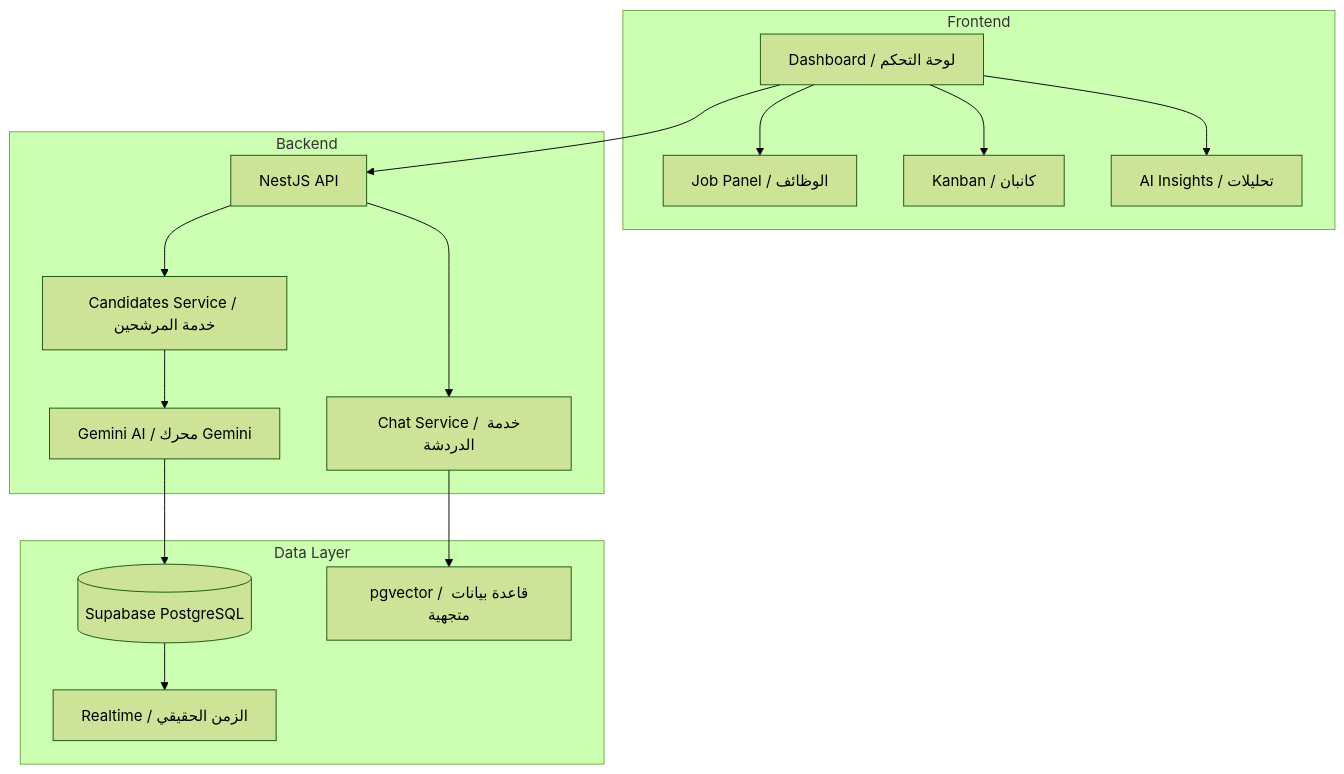
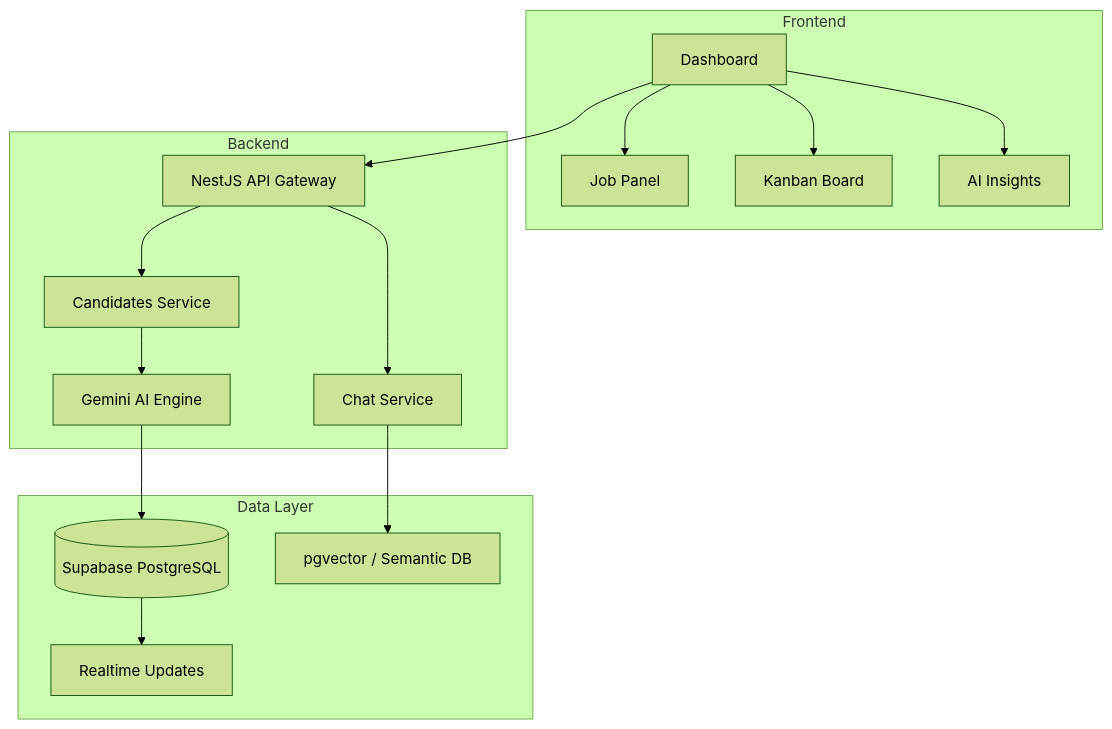
The first of 2 diagrams in README.md (malgaroshy-maker/Sila-Ai), drawn with Mermaid (forest theme) before and after one commit. The commit also changed other lines of this file, not shown here.

````diff
--- a/README.md
+++ b/README.md
@@ -60,25 +44,25 @@
 ```mermaid
 graph TB
     subgraph "Frontend"
-        A[Dashboard / لوحة التحكم] --> B[Job Panel / الوظائف]
-        A --> C[Kanban / كانبان]
-        A --> D[AI Insights / تحليلات]
+        A[Dashboard] --> B[Job Panel]
+        A --> C[Kanban Board]
+        A --> D[AI Insights]
     end
 
     subgraph "Backend"
-        E[NestJS API] --> F[Candidates Service / خدمة المرشحين]
-        F --> G[Gemini AI / محرك Gemini]
-        E --> H[Chat Service / خدمة الدردشة]
+        E[NestJS API Gateway] --> F[Candidates Service]
+        F --> G[Gemini AI Engine]
+        E --> H[Chat Service]
     end
 
     subgraph "Data Layer"
         I[(Supabase PostgreSQL)]
-        J[pgvector / قاعدة بيانات متجهية]
-        K[Realtime / الزمن الحقيقي]
+        J[pgvector / Semantic DB]
+        K[Realtime Updates]
     end
 
     A --> E
     G --> I
     H --> J
     I --> K
 ```
````
